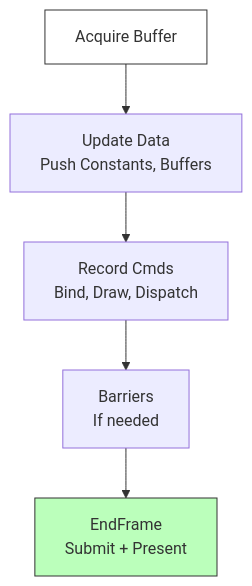
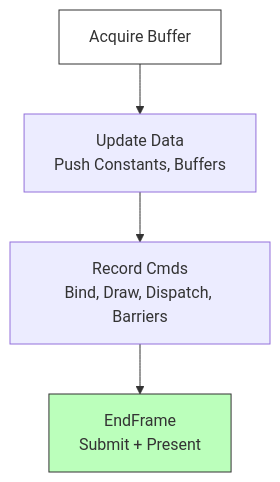
The third of 14 diagrams in doc/situation_sdk.md (jmorel33/situation), drawn with Mermaid before and after one commit. The commit also changed other lines of this file, not shown here.

Commit message:
Update SDK diagrams to match architecture

````diff
--- a/doc/situation_sdk.md
+++ b/doc/situation_sdk.md
@@ -1376,10 +1376,9 @@
 ```mermaid
 graph TD
     Acquire[Acquire Buffer] --> Update[Update Data<br>Push Constants, Buffers]
-    Update --> Record[Record Cmds<br>Bind, Draw, Dispatch]
-    Record --> Barriers[Barriers<br>If needed]
-    Barriers --> End[EndFrame<br>Submit + Present]
+    Update --> Record[Record Cmds<br>Bind, Draw, Dispatch, Barriers]
+    Record --> End[EndFrame<br>Submit + Present]
 
     style Acquire fill:#fff,stroke:#333
     style End fill:#bfb,stroke:#333
 ```
````
